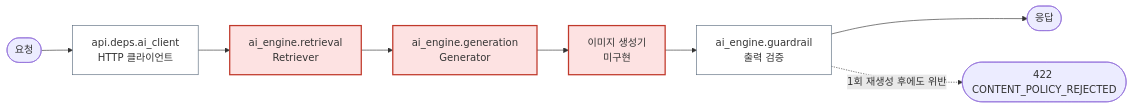
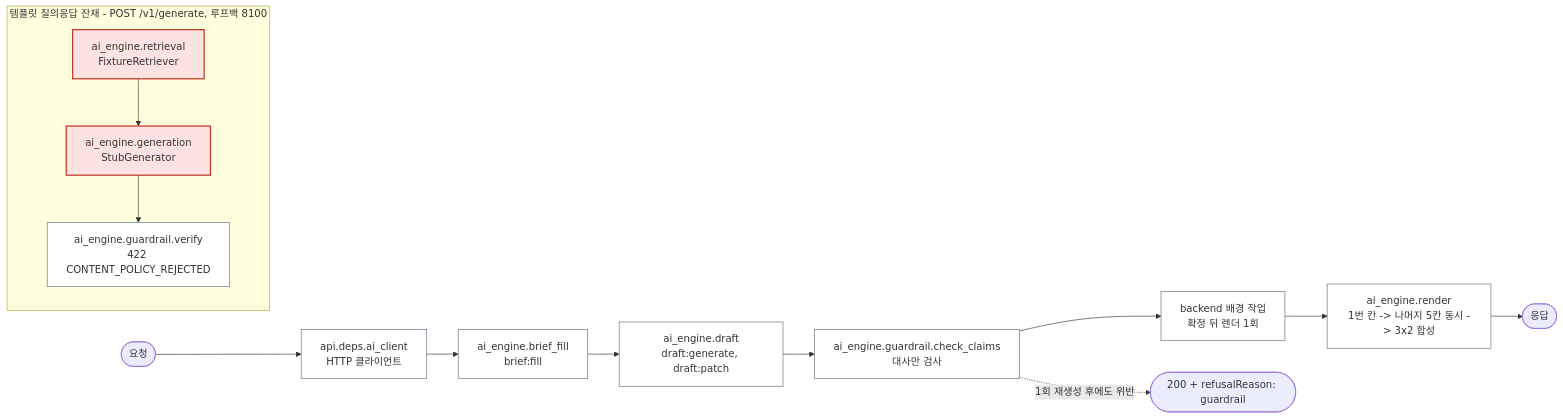
Before and after one commit to Codeit-AI10-Part4-3Team/AI10-Part4-3Team-Advanced-Project: the third of 3 diagrams in docs/공통_가이드/아키텍처.md, drawn with Mermaid. The commit also changed other lines of this file and 2 other files, not shown here.

````diff
--- a/docs/공통_가이드/아키텍처.md
+++ b/docs/공통_가이드/아키텍처.md
@@ -133,15 +140,21 @@
 ```mermaid
 flowchart LR
     REQ(["요청"]) --> CLIENT["api.deps.ai_client<br/>HTTP 클라이언트"]
-    CLIENT --> RETR["ai_engine.retrieval<br/>Retriever"]
-    RETR --> GEN["ai_engine.generation<br/>Generator"]
-    GEN --> IMG["이미지 생성기<br/>미구현"]
-    IMG --> GUARD["ai_engine.guardrail<br/>출력 검증"]
-    GUARD --> OK(["응답"])
-    GUARD -. "1회 재생성 후에도 위반" .-> REJ(["422 CONTENT_POLICY_REJECTED"])
+    CLIENT --> BRIEF["ai_engine.brief_fill<br/>brief:fill"]
+    BRIEF --> DRAFT["ai_engine.draft<br/>draft:generate, draft:patch"]
+    DRAFT --> GUARD["ai_engine.guardrail.check_claims<br/>대사만 검사"]
+    GUARD --> JOB["backend 배경 작업<br/>확정 뒤 렌더 1회"]
+    JOB --> IMG["ai_engine.render<br/>1번 칸 -> 나머지 5칸 동시 -> 3x2 합성"]
+    IMG --> OK(["응답"])
+    GUARD -. "1회 재생성 후에도 위반" .-> REJ(["200 + refusalReason: guardrail"])
+
+    subgraph LEGACY["템플릿 질의응답 잔재 - POST /v1/generate, 루프백 8100"]
+        RETR["ai_engine.retrieval<br/>FixtureRetriever"] --> GEN["ai_engine.generation<br/>StubGenerator"]
+        GEN --> VERIFY["ai_engine.guardrail.verify<br/>422 CONTENT_POLICY_REJECTED"]
+    end
 
     classDef stub fill:#fde2e2,stroke:#c0392b,stroke-width:2px
     classDef real fill:#ffffff,stroke:#5a6b7d
-    class RETR,GEN,IMG stub
-    class CLIENT,GUARD real
+    class RETR,GEN stub
+    class CLIENT,BRIEF,DRAFT,GUARD,JOB,IMG,VERIFY real
 ```
````
